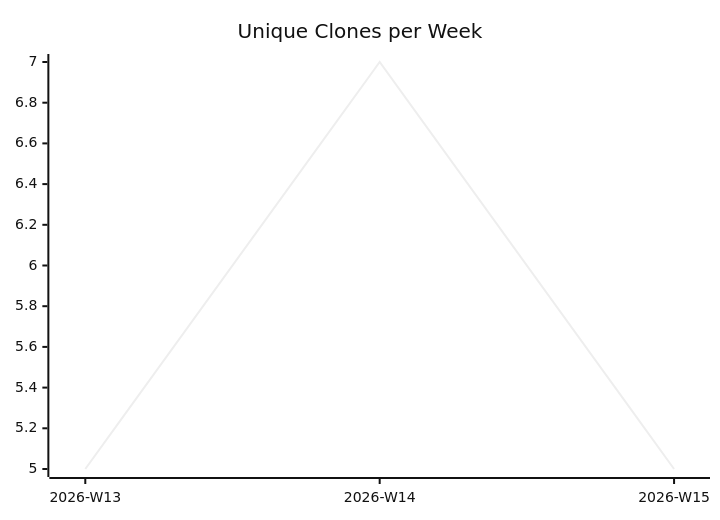
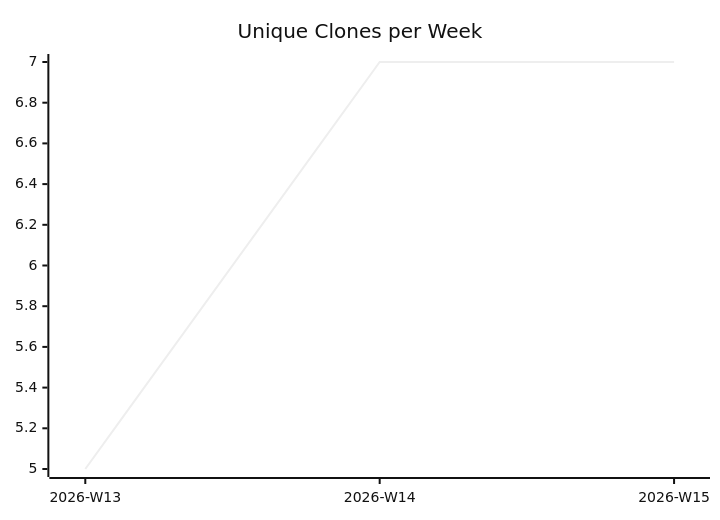
Before and after one commit to justdavis-family/github-analytics-data: the third of 3 diagrams in karlmdavis/ansible-role-jenkins2/README.md, drawn with Mermaid (neutral theme). The commit also changed other lines of this file and 183 other files, not shown here.

````diff
--- a/karlmdavis/ansible-role-jenkins2/README.md
+++ b/karlmdavis/ansible-role-jenkins2/README.md
@@ -19,6 +19,6 @@
 ```mermaid
 xychart-beta
   title "Unique Clones per Week"
   x-axis ["2026-W13", "2026-W14", "2026-W15"]
-  line [5, 7, 5]
+  line [5, 7, 7]
 ```
````
